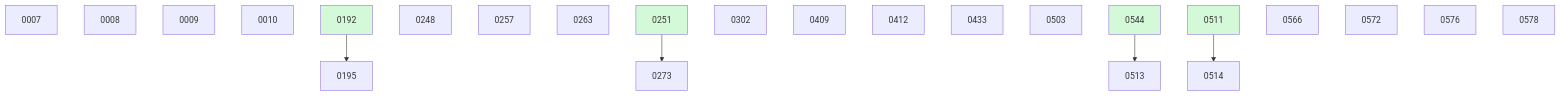
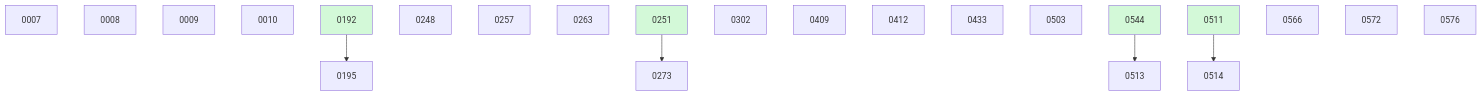
One commit to danielhanold/docket changed the diagram in docs/changes/BOARD.md. Above: the diagram before and after it, drawn with Mermaid. The commit also changed other lines of this file and 4 other files, not shown here.

````diff
--- a/docs/changes/BOARD.md
+++ b/docs/changes/BOARD.md
@@ -40,28 +34,27 @@
 ```mermaid
 graph TD
   0007
   0008
   0009
   0010
   0192 --> 0195
   0248
   0257
   0263
   0251 --> 0273
   0302
   0409
   0412
   0433
   0503
   0544 --> 0513
   0511 --> 0514
   0566
   0572
   0576
-  0578
   0192:::done
   0251:::done
   0511:::done
   0544:::done
   classDef done fill:#d3f9d8;
 ```
````
